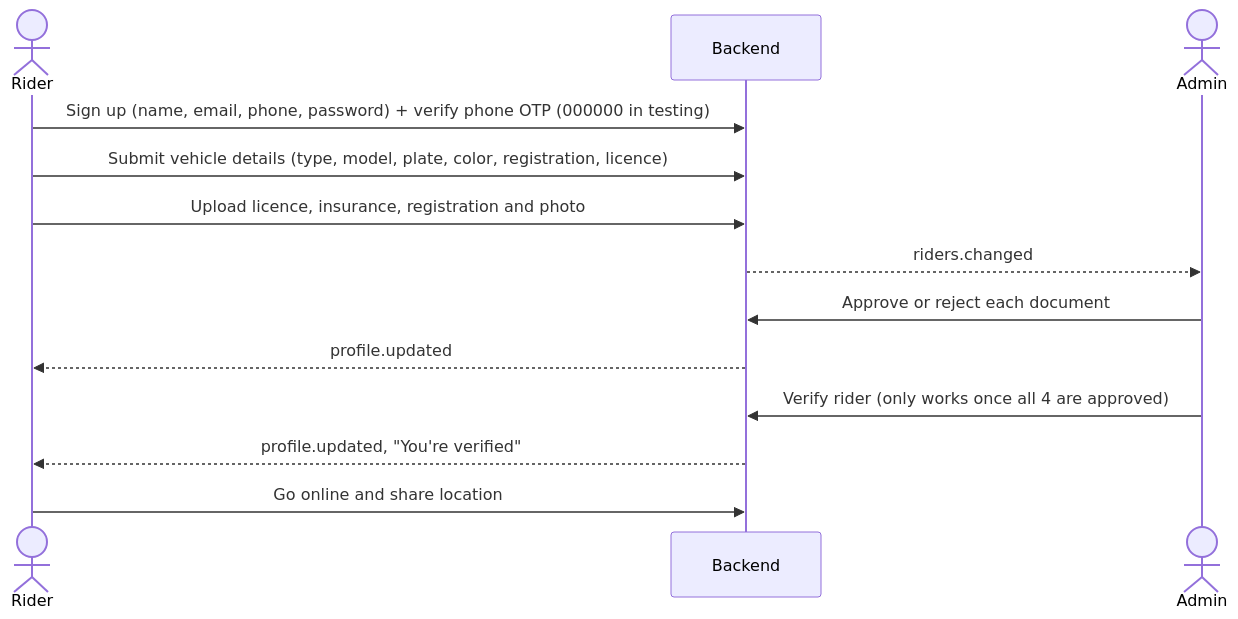
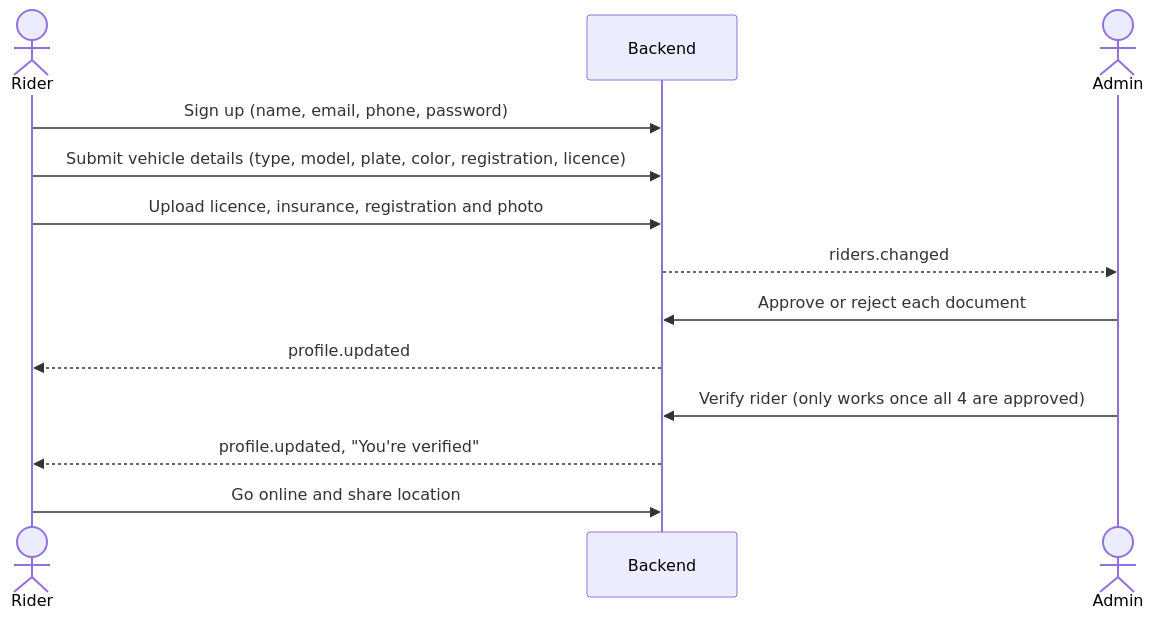
Before and after one commit to TanvirMahmudTushar/Deep-Learning-Based-Ride-Sharing-System: the second of 4 diagrams in Docs/Plan.md, drawn with Mermaid. The commit also changed other lines of this file and 10 other files, not shown here.

````diff
--- a/Docs/Plan.md
+++ b/Docs/Plan.md
@@ -65,15 +63,15 @@
 ```mermaid
 sequenceDiagram
   actor Rider
   participant API as Backend
   actor Admin
-  Rider->>API: Sign up (name, email, phone, password) + verify phone OTP (000000 in testing)
+  Rider->>API: Sign up (name, email, phone, password)
   Rider->>API: Submit vehicle details (type, model, plate, color, registration, licence)
   Rider->>API: Upload licence, insurance, registration and photo
   API-->>Admin: riders.changed
   Admin->>API: Approve or reject each document
   API-->>Rider: profile.updated
   Admin->>API: Verify rider (only works once all 4 are approved)
   API-->>Rider: profile.updated, "You're verified"
   Rider->>API: Go online and share location
 ```
````
